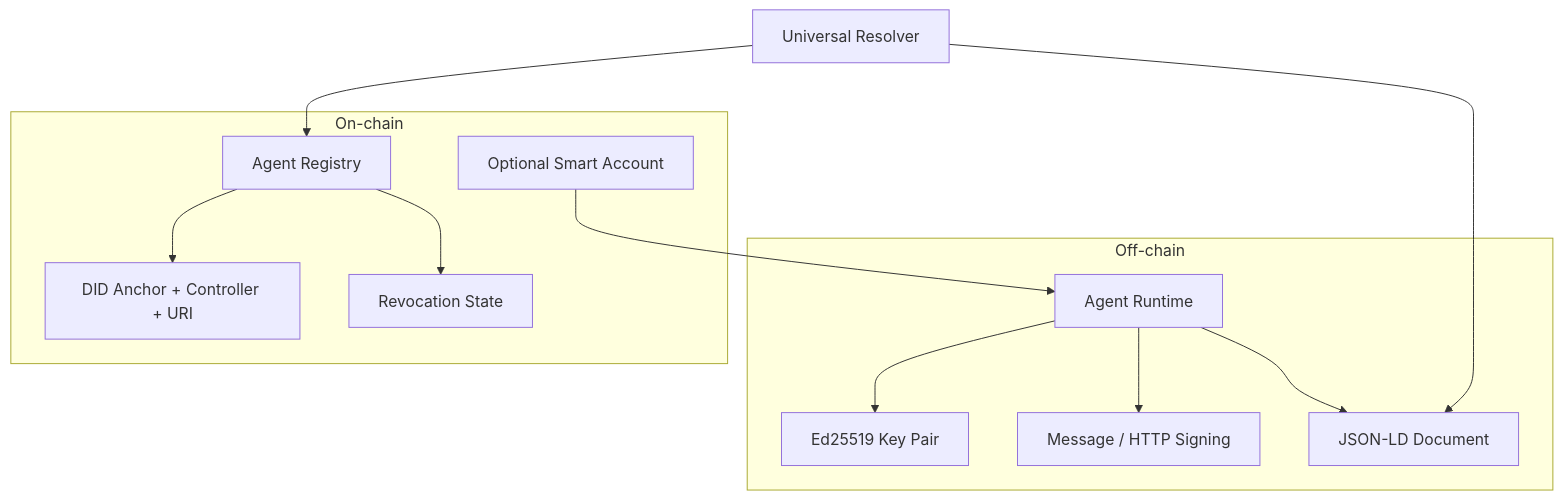
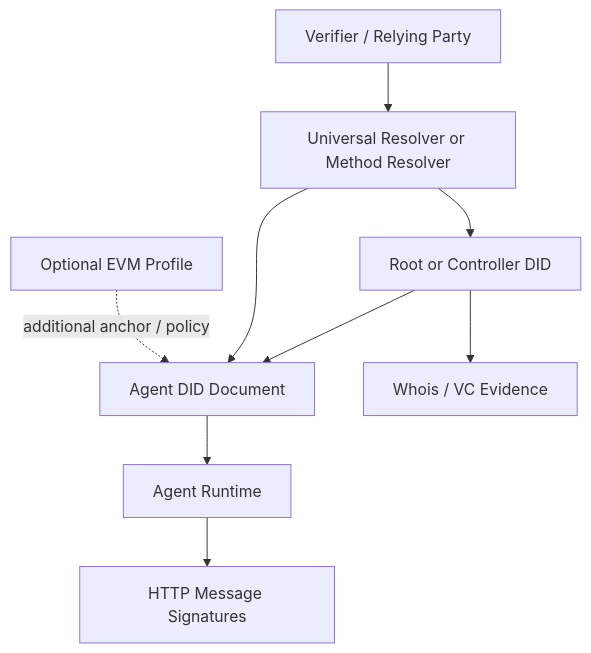
The diagram in docs/RFC-001-Agent-DID-Specification.md (edisonduran/agent-did), drawn with Mermaid before and after one commit. The commit also changed other lines of this file and 91 other files, not shown here.

First line of the commit message:
feat: pivot core runtime to did:webvh and harden API gates (#93)

````diff
--- a/docs/RFC-001-Agent-DID-Specification.md
+++ b/docs/RFC-001-Agent-DID-Specification.md
@@ -110,17 +117,11 @@
 ```mermaid
 graph TD
-    subgraph Off-chain
-        A[Agent Runtime] --> B[Ed25519 Key Pair]
-        A --> C[Message / HTTP Signing]
-        A --> D[JSON-LD Document]
-    end
-
-    subgraph On-chain
-        E[Agent Registry] --> F[DID Anchor + Controller + URI]
-        E --> G[Revocation State]
-        H[Optional Smart Account] --> A
-    end
-
-    I[Universal Resolver] --> E
-    I --> D
+  A[Root or Controller DID] --> B[Agent DID Document]
+  A --> C[Whois / VC Evidence]
+  B --> D[Agent Runtime]
+  D --> E[HTTP Message Signatures]
+  F[Verifier / Relying Party] --> G[Universal Resolver or Method Resolver]
+  G --> A
+  G --> B
+  H[Optional EVM Profile] -. additional anchor / policy .-> B
 ```
````
